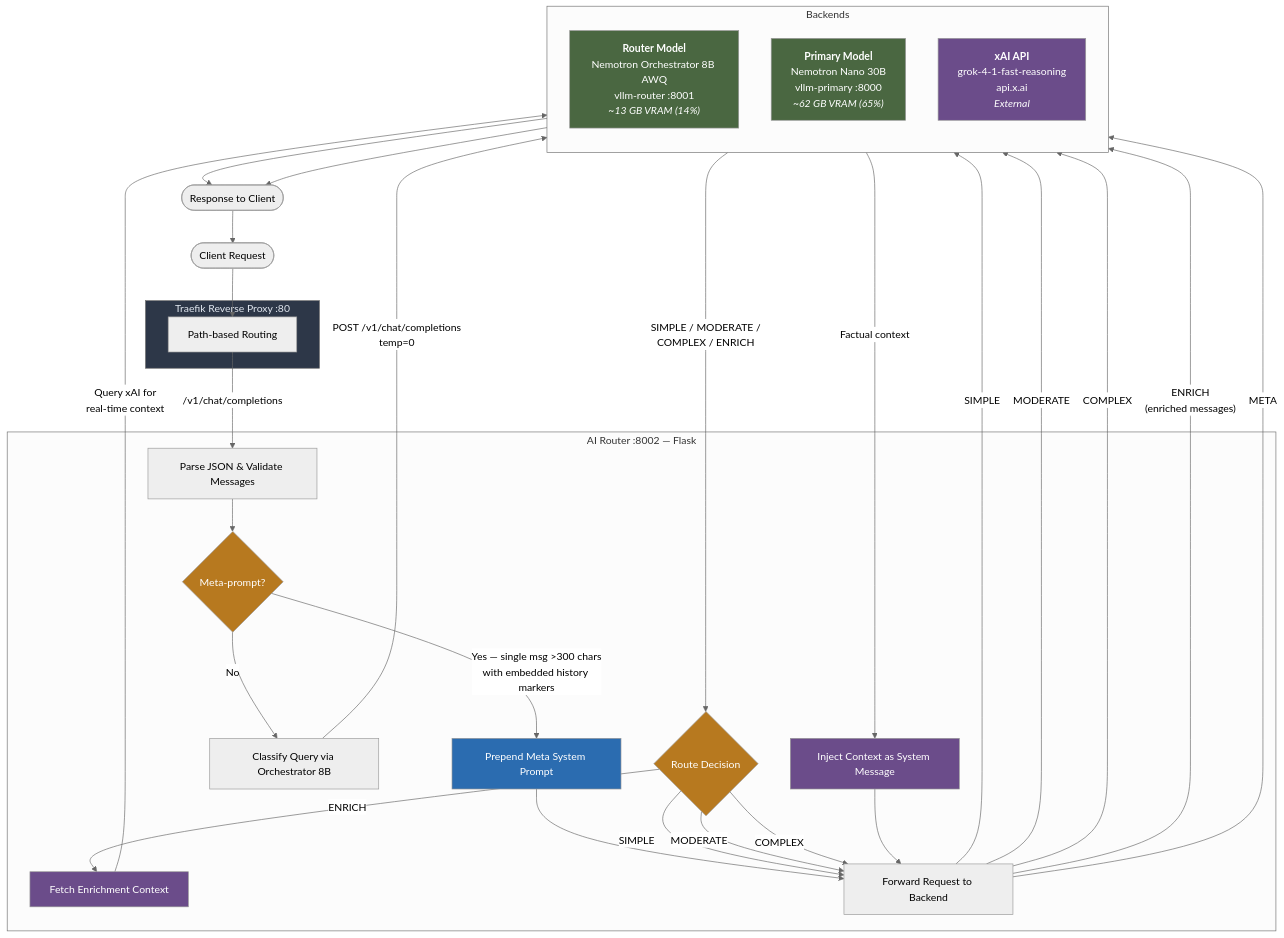
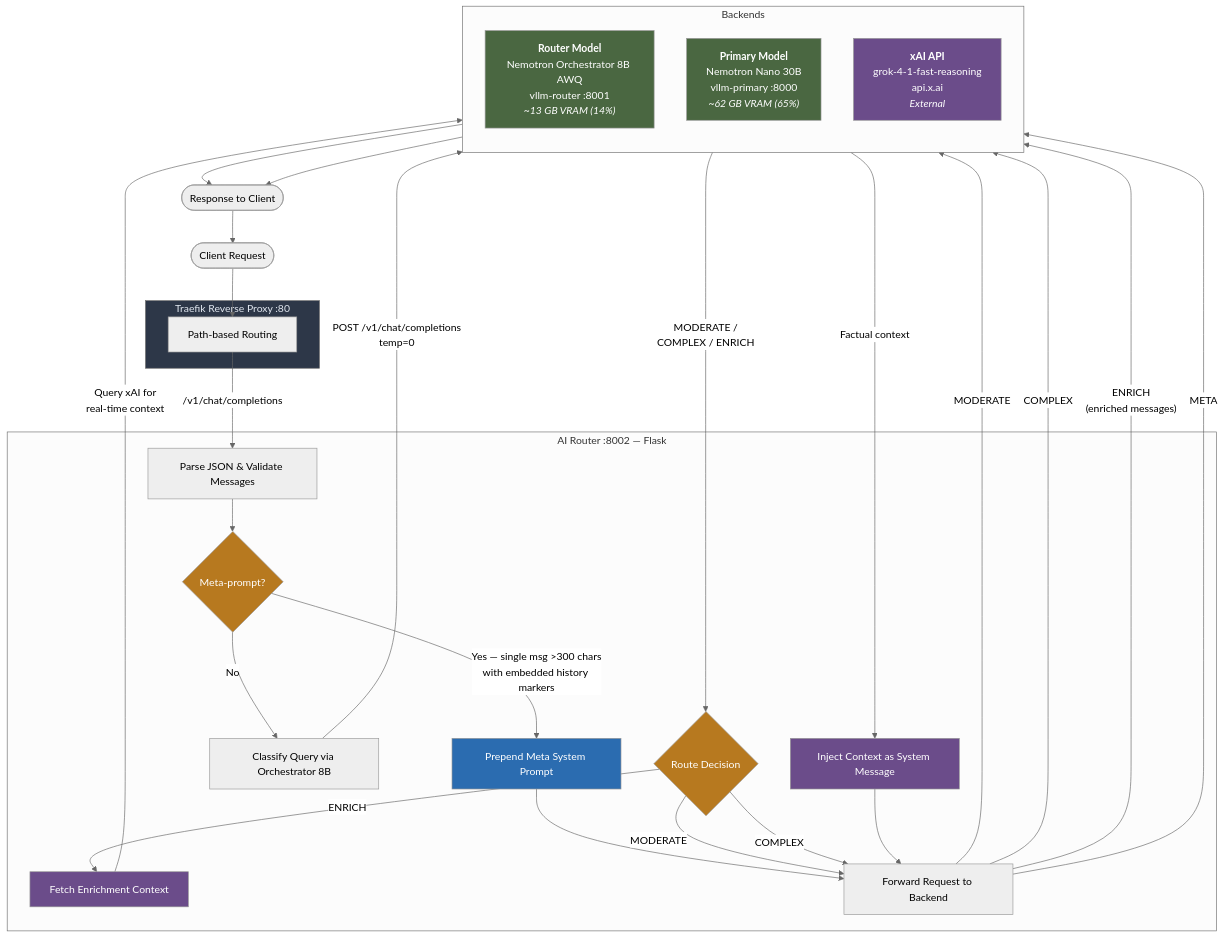
One commit to nominalgeek/ai-router changed the first of 4 diagrams in docs/architecture.md. Above: the diagram before and after it, drawn with Mermaid (neutral theme). The commit also changed other lines of this file and 23 other files, not shown here.

````diff
--- a/docs/architecture.md
+++ b/docs/architecture.md
@@ -9,66 +9,64 @@
 ```mermaid
 flowchart TD
     Client([Client Request])
 
     subgraph Traefik["Traefik Reverse Proxy :80"]
         LB[Path-based Routing]
     end
 
     subgraph Router Service["AI Router :8002 — Flask"]
         Parse[Parse JSON & Validate Messages]
         MetaCheck{Meta-prompt?}
         MetaInject[Prepend Meta System Prompt]
         Classify[Classify Query via Orchestrator 8B]
         Decision{Route Decision}
         Enrich[Fetch Enrichment Context]
         Inject[Inject Context as System Message]
         Forward[Forward Request to Backend]
     end
 
     subgraph Backends
         direction TB
         Mini["<b>Router Model</b><br/>Nemotron Orchestrator 8B AWQ<br/>vllm-router :8001<br/><i>~13 GB VRAM (14%)</i>"]
         Primary["<b>Primary Model</b><br/>Nemotron Nano 30B<br/>vllm-primary :8000<br/><i>~62 GB VRAM (65%)</i>"]
         XAI["<b>xAI API</b><br/>grok-4-1-fast-reasoning<br/>api.x.ai<br/><i>External</i>"]
     end
 
     Response([Response to Client])
 
     Client --> LB
     LB -->|"/v1/chat/completions"| Parse
     Parse --> MetaCheck
     MetaCheck -->|"Yes — single msg >300 chars<br/>with embedded history markers"| MetaInject
     MetaCheck -->|"No"| Classify
     MetaInject --> Forward
     Classify -->|"POST /v1/chat/completions<br/>temp=0"| Mini
-    Mini -->|"SIMPLE / MODERATE /<br/>COMPLEX / ENRICH"| Decision
+    Mini -->|"MODERATE /<br/>COMPLEX / ENRICH"| Decision
 
-    Decision -->|"SIMPLE"| Forward
     Decision -->|"MODERATE"| Forward
     Decision -->|"COMPLEX"| Forward
     Decision -->|"ENRICH"| Enrich
 
     Enrich -->|"Query xAI for<br/>real-time context"| XAI
     XAI -->|"Factual context"| Inject
     Inject --> Forward
 
-    Forward -->|"SIMPLE"| Primary
     Forward -->|"MODERATE"| Primary
     Forward -->|"COMPLEX"| XAI
     Forward -->|"ENRICH<br/>(enriched messages)"| Primary
     Forward -->|"META"| Primary
 
     Primary --> Response
     XAI --> Response
     Response --> Client
 
     style Traefik fill:#2d3748,color:#e2e8f0
     style Mini fill:#4a6741,color:#fff
     style Primary fill:#4a6741,color:#fff
     style XAI fill:#6b4c8a,color:#fff
     style Decision fill:#b7791f,color:#fff
     style MetaCheck fill:#b7791f,color:#fff
     style MetaInject fill:#2b6cb0,color:#fff
     style Enrich fill:#6b4c8a,color:#fff
     style Inject fill:#6b4c8a,color:#fff
 ```
````
